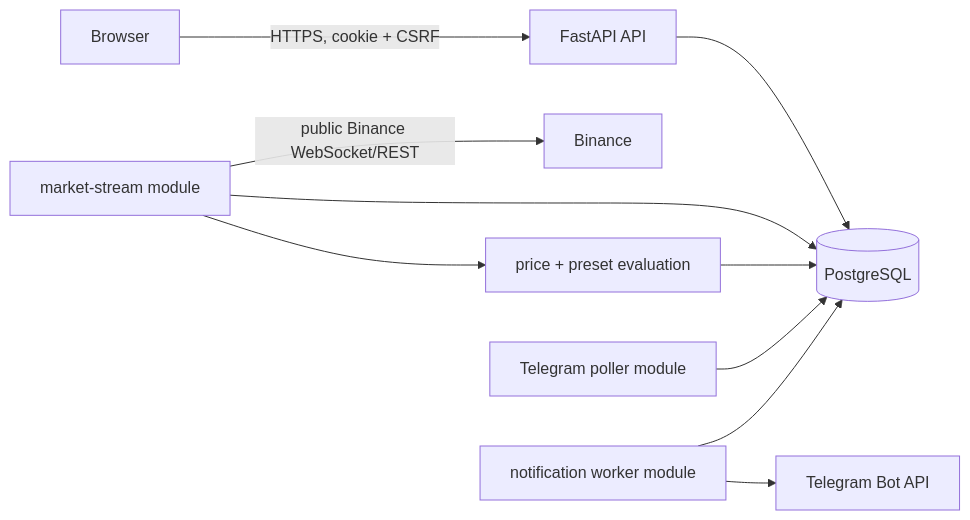
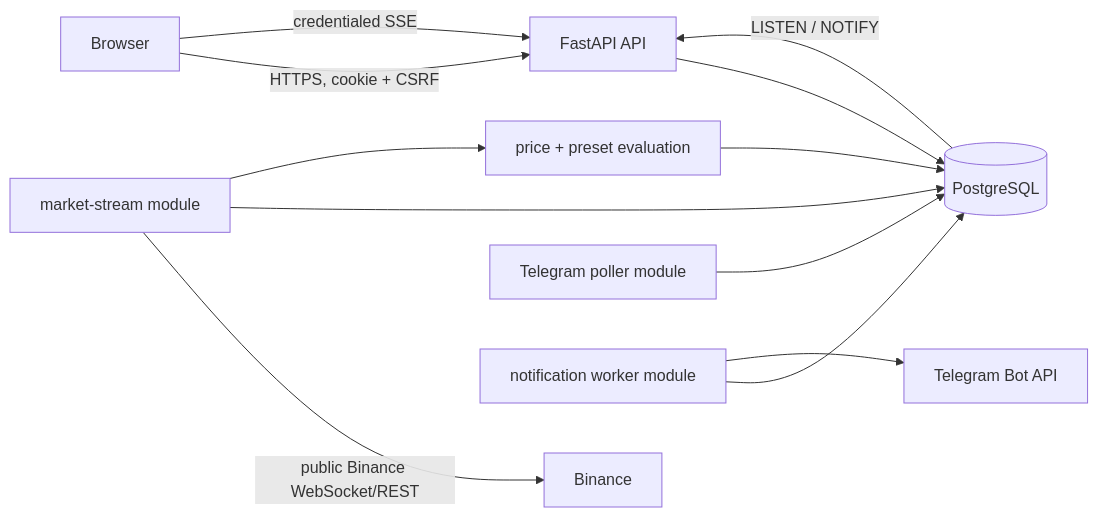
One commit to VietCT04/FreeCoinAlert changed the diagram in docs/ARCHITECTURE.md. Above: the diagram before and after it, drawn with Mermaid. The commit also changed other lines of this file and 29 other files, not shown here.

````diff
--- a/docs/ARCHITECTURE.md
+++ b/docs/ARCHITECTURE.md
@@ -13,12 +13,14 @@
 ```mermaid
 flowchart LR
   Browser -->|HTTPS, cookie + CSRF| API[FastAPI API]
+  Browser -->|credentialed SSE| API
   API --> DB[(PostgreSQL)]
+  DB -->|LISTEN / NOTIFY| API
   Market[market-stream module] -->|public Binance WebSocket/REST| Binance
   Market --> DB
   Market --> Alerts[price + preset evaluation]
   Alerts --> DB
   Poller[Telegram poller module] --> DB
   Worker[notification worker module] --> DB
   Worker --> Telegram[Telegram Bot API]
 ```
````
